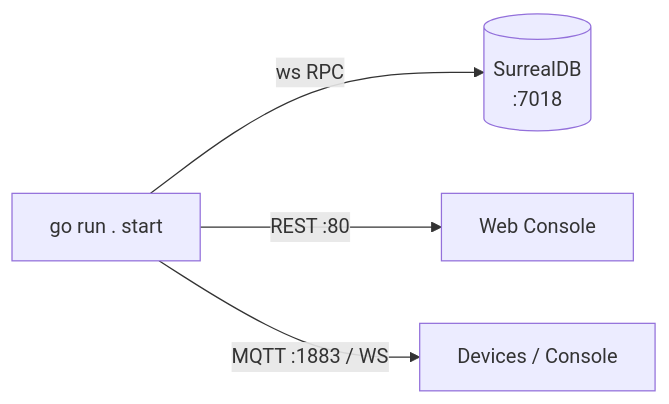
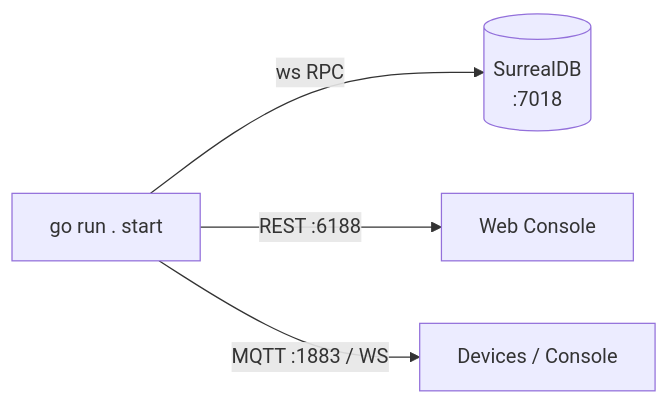
Before and after one commit to machhub-dev/docs: the diagram in src/content/docs/install/run-from-source.md, drawn with Mermaid. The commit also changed other lines of this file and 17 other files, not shown here.

````diff
--- a/src/content/docs/install/run-from-source.md
+++ b/src/content/docs/install/run-from-source.md
@@ -39,6 +39,6 @@
 ```mermaid
 flowchart LR
   Go["go run . start"] -->|ws RPC| DB[("SurrealDB\n:7018")]
-  Go -->|REST :80| Browser["Web Console"]
+  Go -->|REST :6188| Browser["Web Console"]
   Go -->|MQTT :1883 / WS| Devices["Devices / Console"]
 ```
````
